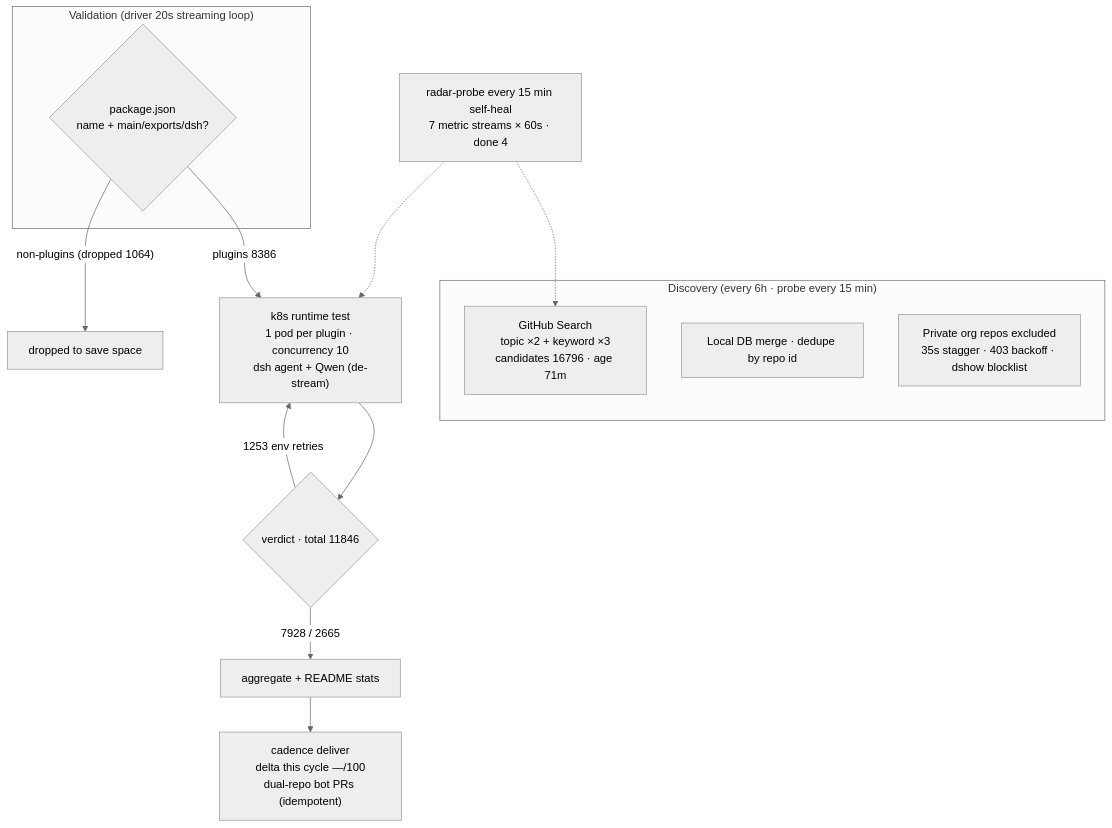
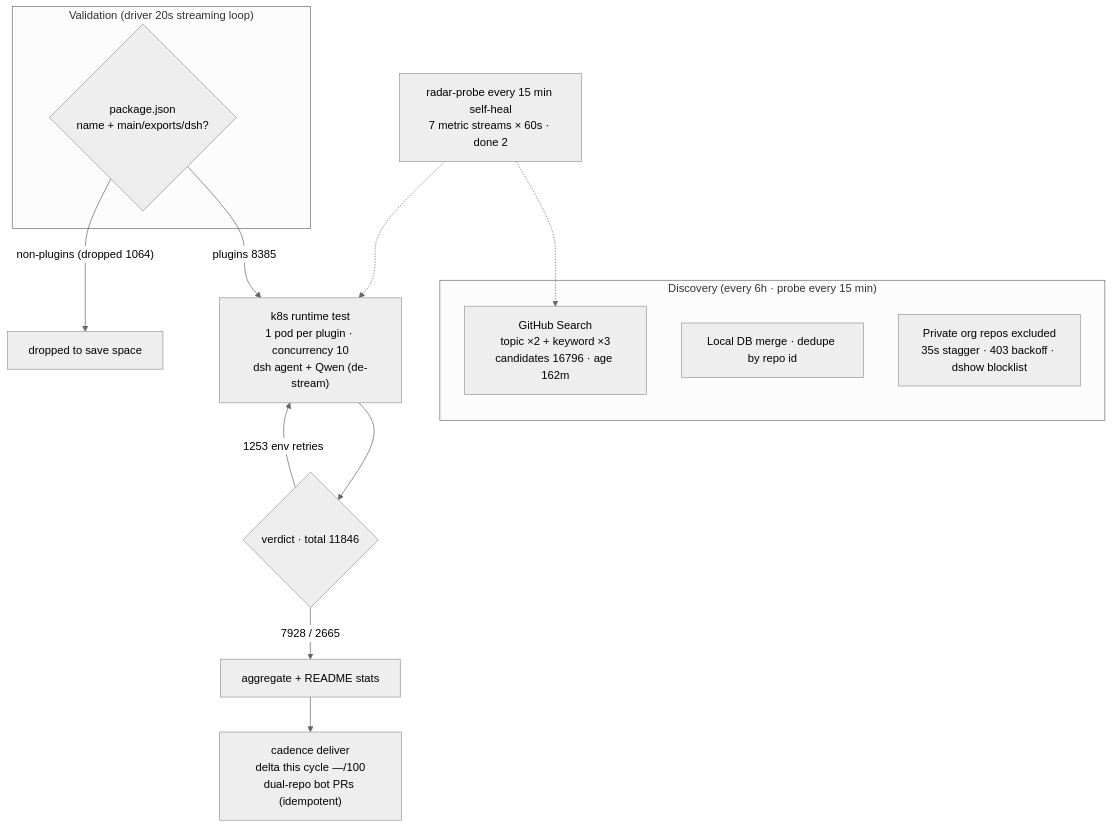
One commit to AdamPlatin123/awesome-dsh-plugins changed the diagram in README.en-US.md. Above: the diagram before and after it, drawn with Mermaid (neutral theme). The commit also changed other lines of this file and 5 other files, not shown here.

````diff
--- a/README.en-US.md
+++ b/README.en-US.md
@@ -45,20 +45,20 @@
 ```mermaid
 flowchart TB
     subgraph Discovery["Discovery (every 6h · probe every 15 min)"]
-        A1["GitHub Search<br/>topic ×2 + keyword ×3<br/>candidates 16796 · age 71m"]
+        A1["GitHub Search<br/>topic ×2 + keyword ×3<br/>candidates 16796 · age 162m"]
         A2["Local DB merge · dedupe by repo id"]
         A3["Private org repos excluded<br/>35s stagger · 403 backoff · dshow blocklist"]
     end
     subgraph Validation["Validation (driver 20s streaming loop)"]
         B1{"package.json<br/>name + main/exports/dsh?"}
     end
-    B1 -->|"plugins 8386"| C1["k8s runtime test<br/>1 pod per plugin · concurrency 10<br/>dsh agent + Qwen (de-stream)"]
+    B1 -->|"plugins 8385"| C1["k8s runtime test<br/>1 pod per plugin · concurrency 10<br/>dsh agent + Qwen (de-stream)"]
     B1 -->|"non-plugins (dropped 1064)"| B3["dropped to save space"]
     C1 --> D1{"verdict · total 11846"}
     D1 -->|"7928 / 2665"| E1["aggregate + README stats"]
     D1 -->|"1253 env retries"| C1
     E1 --> E2["cadence deliver<br/>delta this cycle —/100<br/>dual-repo bot PRs (idempotent)"]
-    M["radar-probe every 15 min self-heal<br/>7 metric streams × 60s · done 4"]
+    M["radar-probe every 15 min self-heal<br/>7 metric streams × 60s · done 2"]
     M -.-> A1
     M -.-> C1
 ```
````
